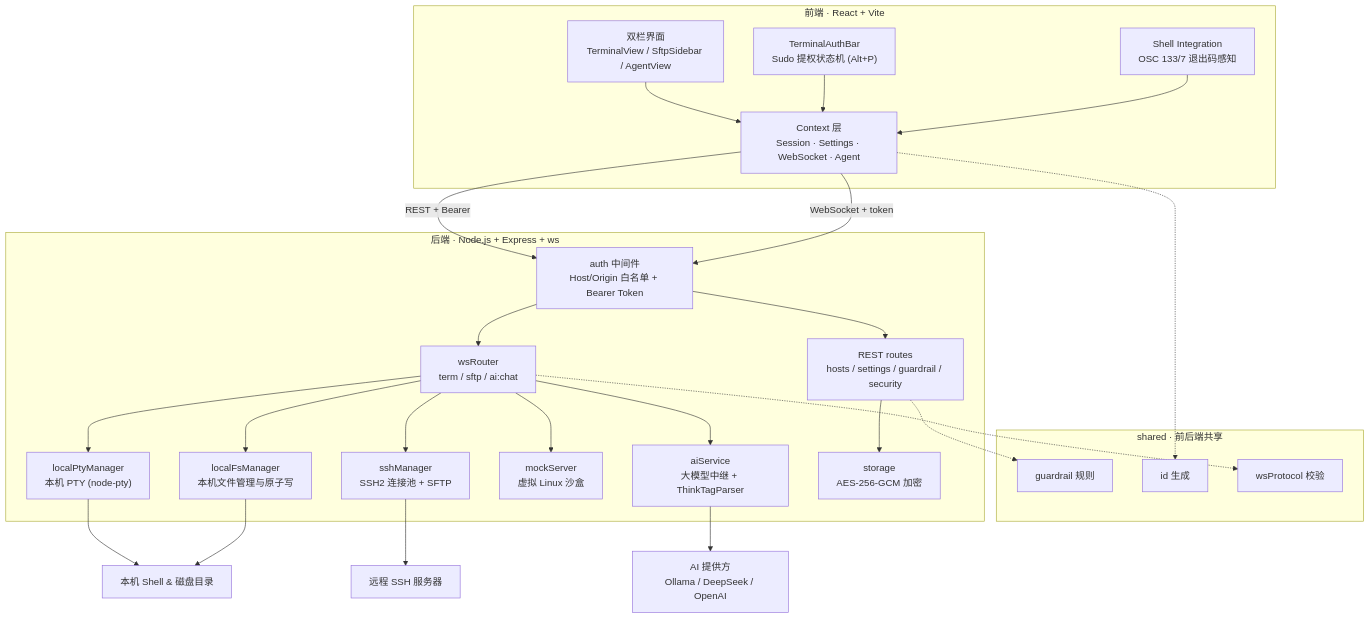
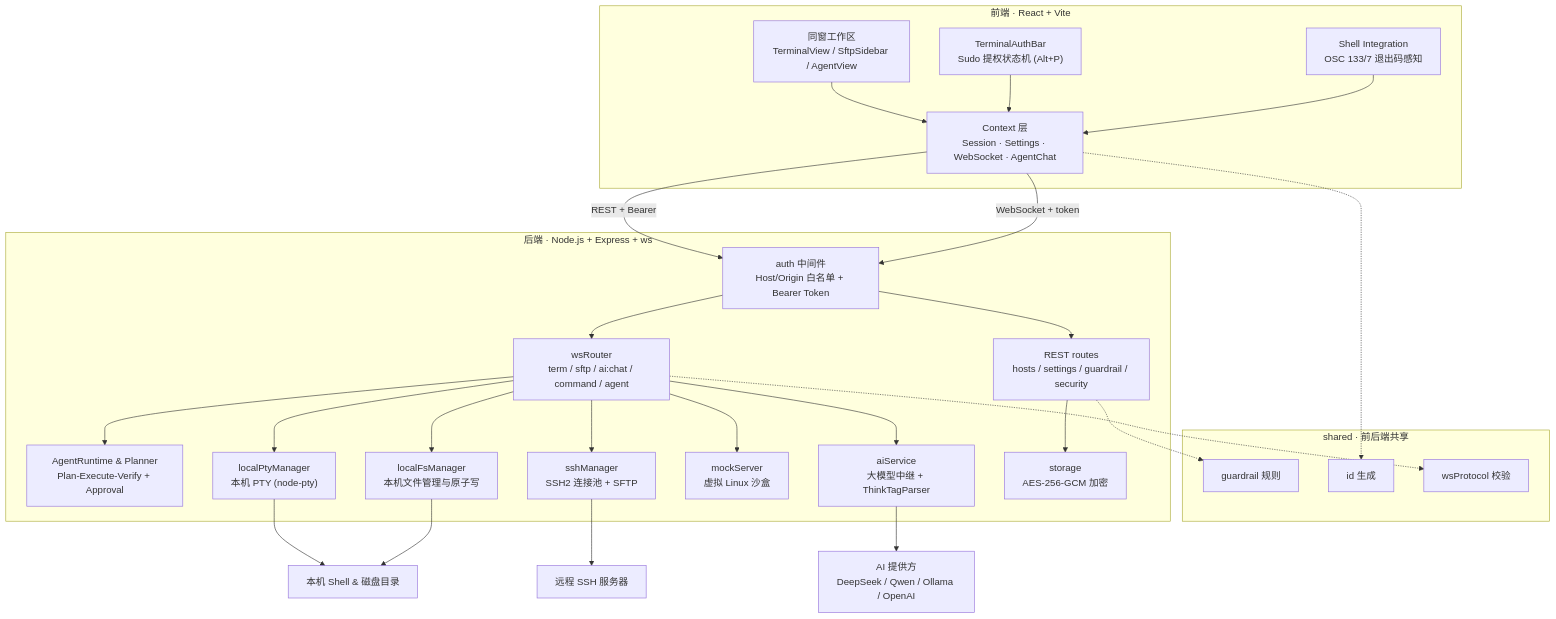
One commit to sheilacraig/MonoTerminal changed the diagram in README.md. Above: the diagram before and after it, drawn with Mermaid. The commit also changed other lines of this file and 90 other files, not shown here.

First line of the commit message:
feat(agent,ui): 升级自主运维 Agent 架构，优化 SFTP/AI 面板交互并接入 Qwen 官方 API

````diff
--- a/README.md
+++ b/README.md
@@ -198,53 +202,55 @@
 ```mermaid
 flowchart TB
     subgraph Client["前端 · React + Vite"]
-        UI["双栏界面<br/>TerminalView / SftpSidebar / AgentView"]
+        UI["同窗工作区<br/>TerminalView / SftpSidebar / AgentView"]
         AUTH_BAR["TerminalAuthBar<br/>Sudo 提权状态机 (Alt+P)"]
         OSC["Shell Integration<br/>OSC 133/7 退出码感知"]
-        CTX["Context 层<br/>Session · Settings · WebSocket · Agent"]
+        CTX["Context 层<br/>Session · Settings · WebSocket · AgentChat"]
         UI --> CTX
         AUTH_BAR --> CTX
         OSC --> CTX
     end
 
     subgraph Shared["shared · 前后端共享"]
         GR["guardrail 规则"]
         ID["id 生成"]
         WSP["wsProtocol 校验"]
     end
 
     subgraph Server["后端 · Node.js + Express + ws"]
         AUTH["auth 中间件<br/>Host/Origin 白名单 + Bearer Token"]
         ROUTES["REST routes<br/>hosts / settings / guardrail / security"]
-        WSR["wsRouter<br/>term / sftp / ai:chat"]
+        WSR["wsRouter<br/>term / sftp / ai:chat / command / agent"]
+        AGENT["AgentRuntime & Planner<br/>Plan-Execute-Verify + Approval"]
         PTY["localPtyManager<br/>本机 PTY (node-pty)"]
         LFS["localFsManager<br/>本机文件管理与原子写"]
         SSH["sshManager<br/>SSH2 连接池 + SFTP"]
         MOCK["mockServer<br/>虚拟 Linux 沙盒"]
         AI["aiService<br/>大模型中继 + ThinkTagParser"]
         STORE["storage<br/>AES-256-GCM 加密"]
     end
 
     EXT_LOCAL["本机 Shell & 磁盘目录"]
     EXT_SSH["远程 SSH 服务器"]
-    EXT_AI["AI 提供方<br/>Ollama / DeepSeek / OpenAI"]
+    EXT_AI["AI 提供方<br/>DeepSeek / Qwen / Ollama / OpenAI"]
 
     CTX -->|"REST + Bearer"| AUTH
     CTX -->|"WebSocket + token"| AUTH
     AUTH --> ROUTES
     AUTH --> WSR
     ROUTES --> STORE
+    WSR --> AGENT
     WSR --> PTY
     WSR --> LFS
     WSR --> SSH
     WSR --> MOCK
     WSR --> AI
     PTY --> EXT_LOCAL
     LFS --> EXT_LOCAL
     SSH --> EXT_SSH
     AI --> EXT_AI
 
     CTX -.-> ID
     ROUTES -.-> GR
     WSR -.-> WSP
 ```
````
